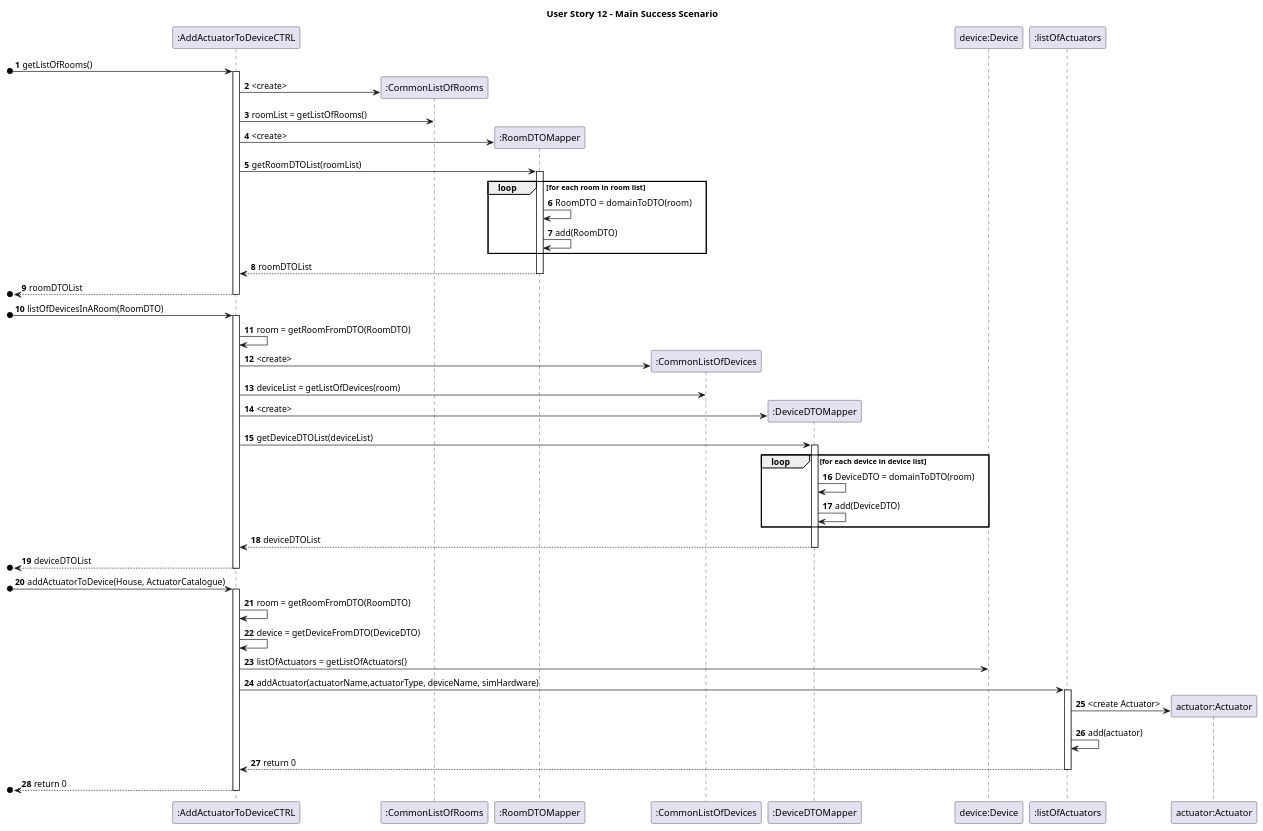
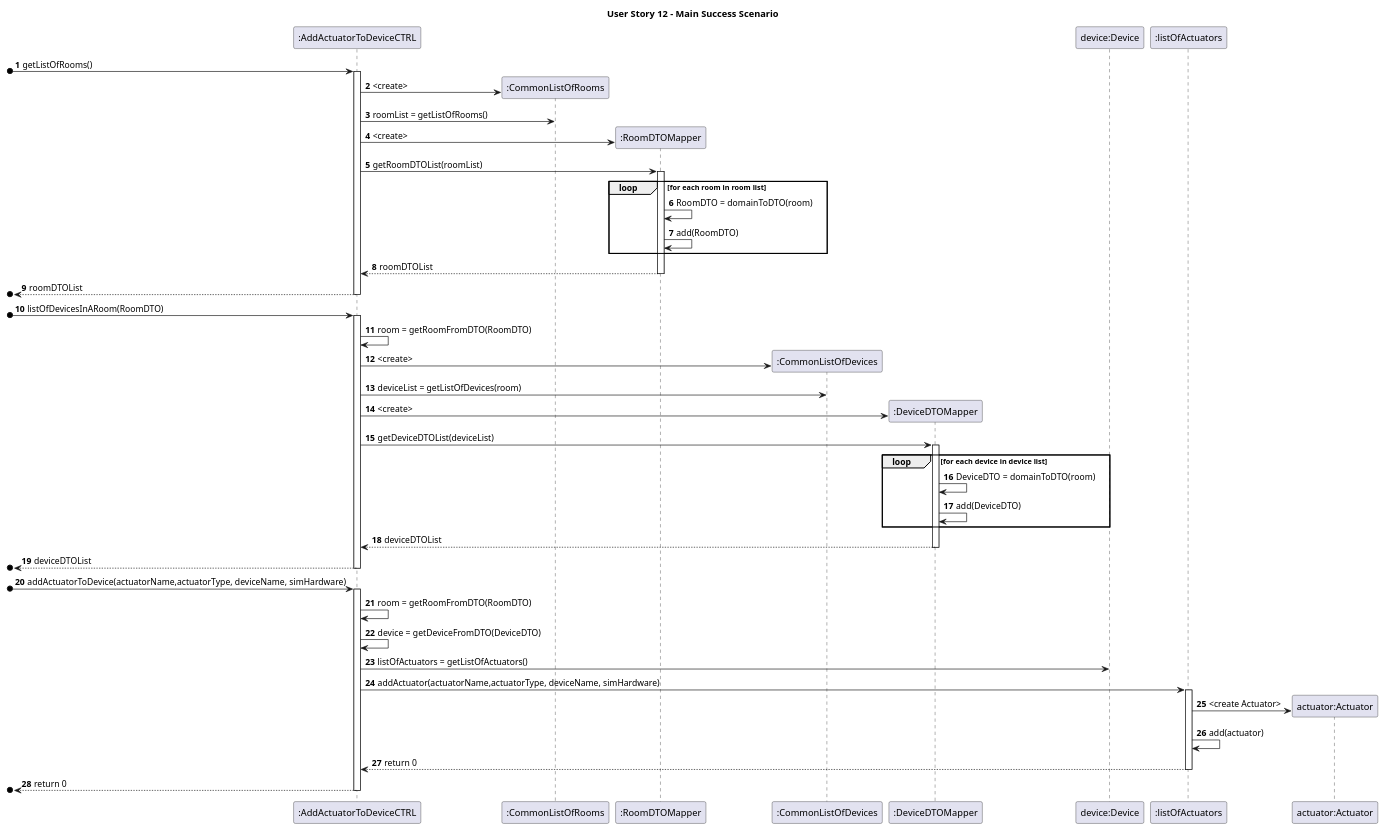
Before and after one commit to AfonsoNeves77/smartHouse: the diagram in Docs/US12/S3US12SequenceDiagram.puml, drawn with PlantUML.

Commit message:
Modified US12 SequenceDiagram.

```diff
--- a/Docs/US12/S3US12SequenceDiagram.puml
+++ b/Docs/US12/S3US12SequenceDiagram.puml
@@ -1,66 +1,66 @@
 @startuml
 
 title User Story 12 - Main Success Scenario
 autonumber
 
 participant ":AddActuatorToDeviceCTRL" as C
 participant ":CommonListOfRooms" as CU
 participant ":RoomDTOMapper" as RDM
 participant ":CommonListOfDevices" as CLD
 participant ":DeviceDTOMapper" as DDM
 
 
 
 participant "device:Device" as D
 participant ":listOfActuators" as LA
 participant "actuator:Actuator" as A
 
 
 [o-> C : getListOfRooms()
 activate C
 C -> CU** : <create>
 C -> CU :roomList = getListOfRooms()
 C -> RDM** : <create>
 C -> RDM : getRoomDTOList(roomList)
 activate RDM
 loop for each room in room list
 RDM -> RDM : RoomDTO = domainToDTO(room)
 RDM -> RDM : add(RoomDTO)
 end loop
 RDM --> C : roomDTOList
 deactivate RDM
 [o<-- C : roomDTOList
 deactivate C
 
 [o->C : listOfDevicesInARoom(RoomDTO)
 activate C
 C -> C : room = getRoomFromDTO(RoomDTO)
 C -> CLD** : <create>
 C -> CLD : deviceList = getListOfDevices(room)
 C -> DDM** : <create>
 C -> DDM: getDeviceDTOList(deviceList)
 activate DDM
 loop for each device in device list
 
 DDM -> DDM : DeviceDTO = domainToDTO(room)
 DDM -> DDM : add(DeviceDTO)
 end loop
 DDM --> C : deviceDTOList
 deactivate DDM
 [o<--C : deviceDTOList
 deactivate C
 
-[o->C : addActuatorToDevice(House, ActuatorCatalogue)
+[o->C : addActuatorToDevice(actuatorName,actuatorType, deviceName, simHardware)
 activate C
 C -> C : room = getRoomFromDTO(RoomDTO)
 C -> C : device = getDeviceFromDTO(DeviceDTO)
 C -> D : listOfActuators = getListOfActuators()
 C -> LA : addActuator(actuatorName,actuatorType, deviceName, simHardware)
 activate LA
 LA -> A** : <create Actuator>
 LA -> LA : add(actuator)
 LA --> C : return 0
 deactivate LA
 [o<-- C : return 0
 deactivate C
 @enduml
```
